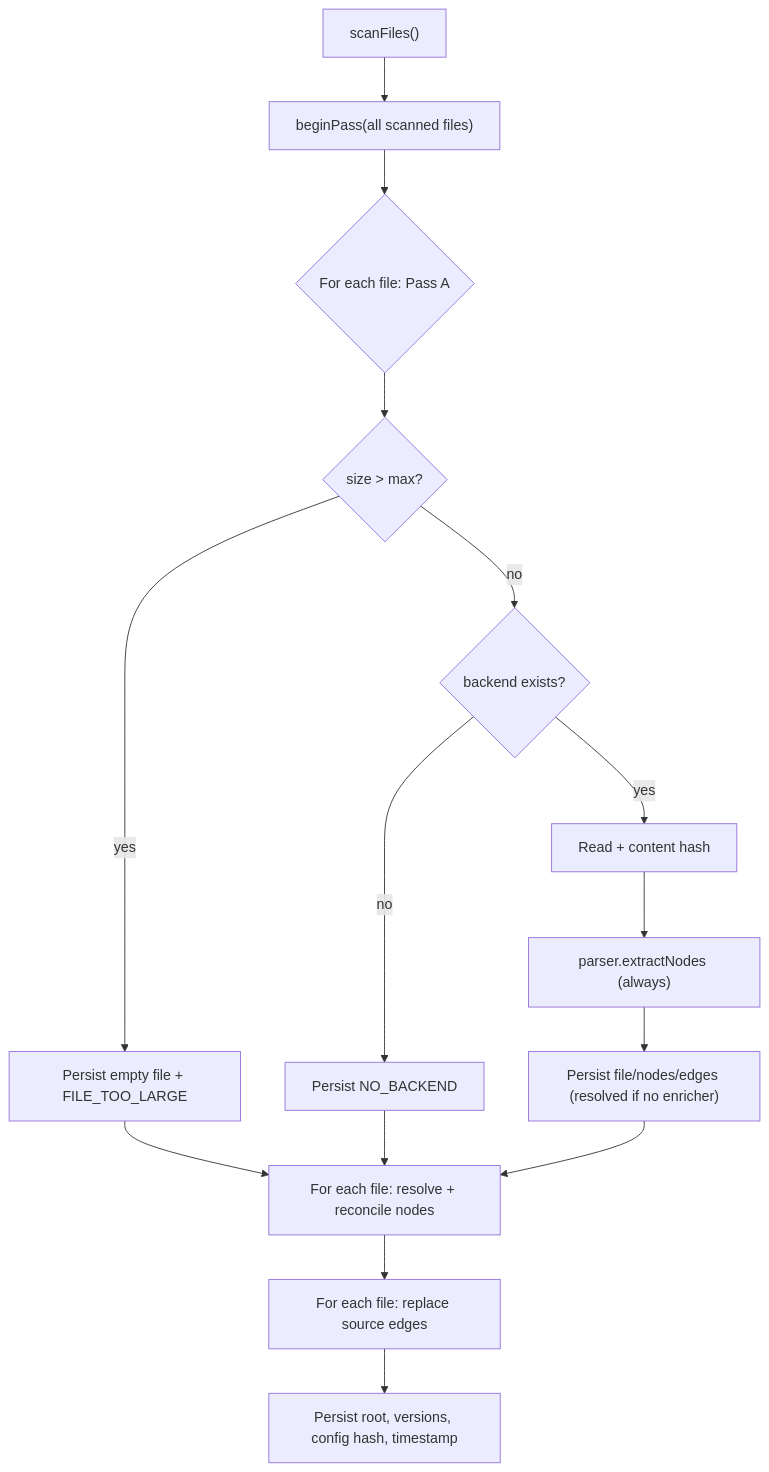
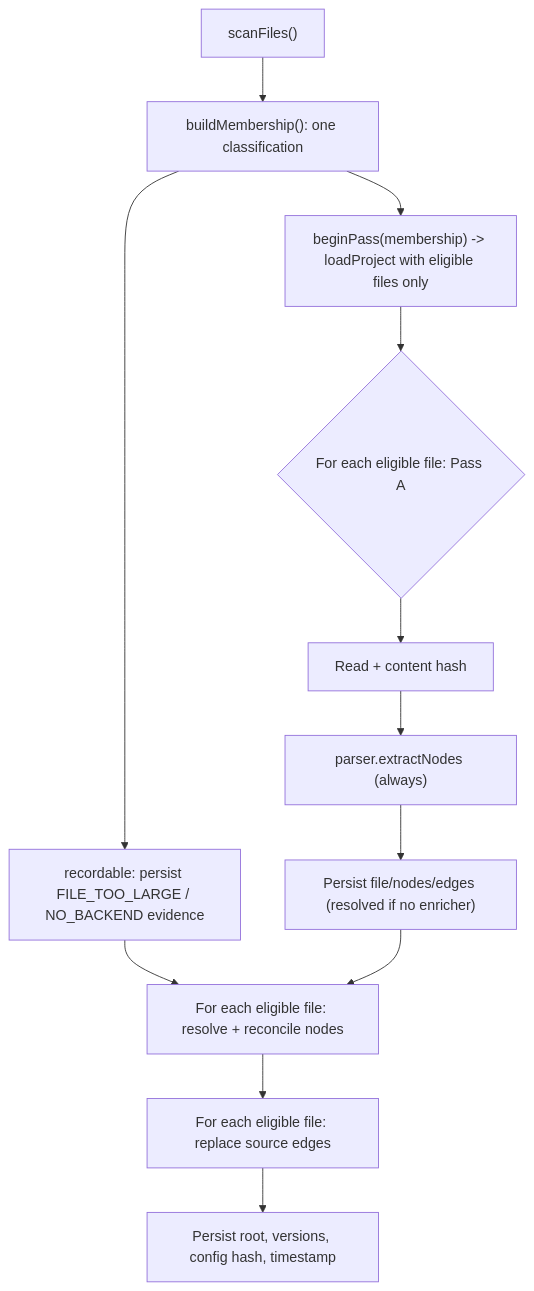
Before and after one commit to Chofito/astrograph: the first of 2 diagrams in docs/architecture/indexing-pipeline.md, drawn with Mermaid. The commit also changed other lines of this file and 12 other files, not shown here.

````diff
--- a/docs/architecture/indexing-pipeline.md
+++ b/docs/architecture/indexing-pipeline.md
@@ -15,17 +15,14 @@
 ```mermaid
 flowchart TD
-    Scan["scanFiles()"] --> Begin["beginPass(all scanned files)"]
-    Begin --> A{"For each file: Pass A"}
-    A --> Size{"size > max?"}
-    Size -- yes --> Large["Persist empty file + FILE_TOO_LARGE"]
-    Size -- no --> Backend{"backend exists?"}
-    Backend -- no --> Missing["Persist NO_BACKEND"]
-    Backend -- yes --> Hash["Read + content hash"]
+    Scan["scanFiles()"] --> Classify["buildMembership(): one classification"]
+    Classify --> Record["recordable: persist FILE_TOO_LARGE / NO_BACKEND evidence"]
+    Classify --> Begin["beginPass(membership) -> loadProject with eligible files only"]
+    Begin --> A{"For each eligible file: Pass A"}
+    A --> Hash["Read + content hash"]
     Hash --> Parse["parser.extractNodes (always)"]
     Parse --> PersistA["Persist file/nodes/edges (resolved if no enricher)"]
-    Large --> Reconcile
-    Missing --> Reconcile
-    PersistA --> Reconcile["For each file: resolve + reconcile nodes"]
-    Reconcile --> Edges["For each file: replace source edges"]
+    Record --> Reconcile
+    PersistA --> Reconcile["For each eligible file: resolve + reconcile nodes"]
+    Reconcile --> Edges["For each eligible file: replace source edges"]
     Edges --> Meta["Persist root, versions, config hash, timestamp"]
 ```
````
